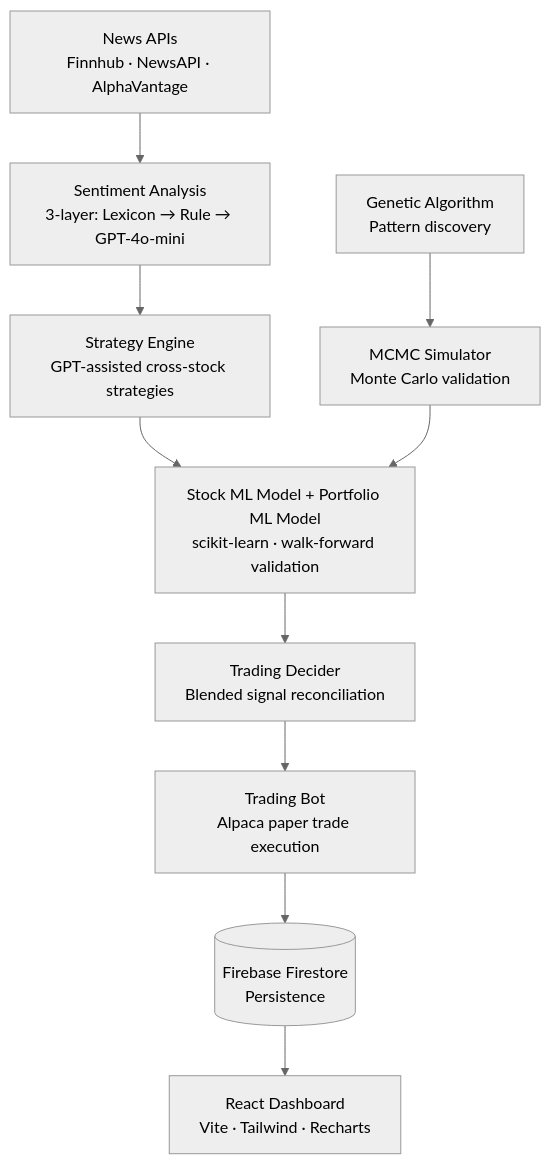
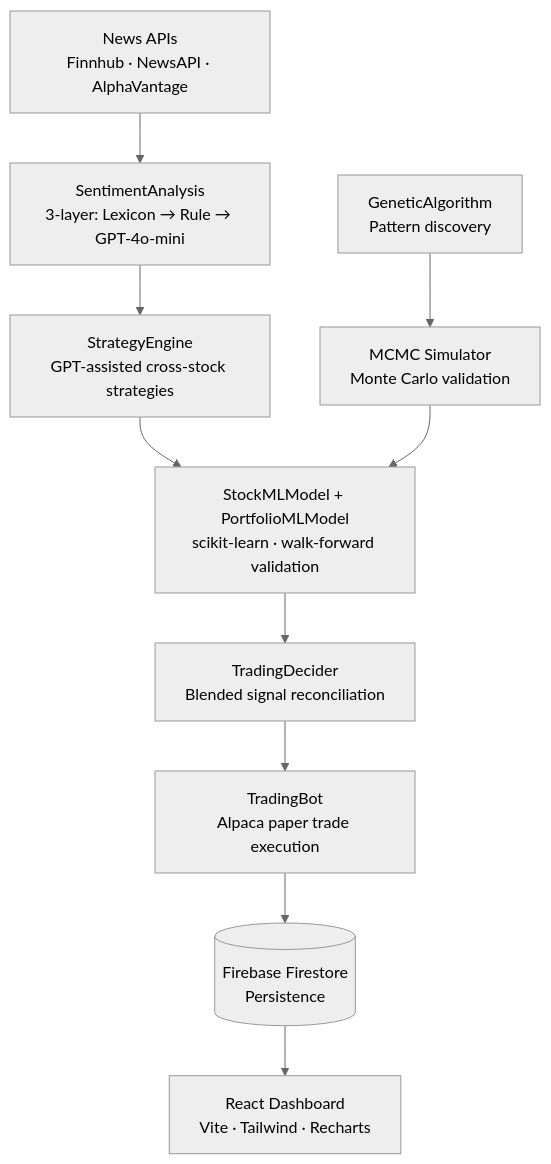
Before and after one commit to Haripratiik/Stock-Portfolio-Optimizer: the diagram in README.md, drawn with Mermaid (neutral theme).

Commit message:
Refactor architecture diagram labels for clarity

````diff
--- a/README.md
+++ b/README.md
@@ -20,14 +20,14 @@
 ```mermaid
 flowchart TD
-    A[News APIs\nFinnhub · NewsAPI · AlphaVantage] --> B[Sentiment Analysis\n3-layer: Lexicon → Rule → GPT-4o-mini]
-    B --> C[Strategy Engine\nGPT-assisted cross-stock strategies]
-    C --> D[Stock ML Model + Portfolio ML Model\nscikit-learn · walk-forward validation]
-    D --> E[Trading Decider\nBlended signal reconciliation]
-    E --> F[Trading Bot\nAlpaca paper trade execution]
+    A[News APIs\nFinnhub · NewsAPI · AlphaVantage] --> B[SentimentAnalysis\n3-layer: Lexicon → Rule → GPT-4o-mini]
+    B --> C[StrategyEngine\nGPT-assisted cross-stock strategies]
+    C --> D[StockMLModel + PortfolioMLModel\nscikit-learn · walk-forward validation]
+    D --> E[TradingDecider\nBlended signal reconciliation]
+    E --> F[TradingBot\nAlpaca paper trade execution]
 
-    G[Genetic Algorithm\nPattern discovery] --> H[MCMC Simulator\nMonte Carlo validation]
+    G[GeneticAlgorithm\nPattern discovery] --> H[MCMC Simulator\nMonte Carlo validation]
     H --> D
 
     F --> I[(Firebase Firestore\nPersistence)]
     I --> J[React Dashboard\nVite · Tailwind · Recharts]
 ```
````
